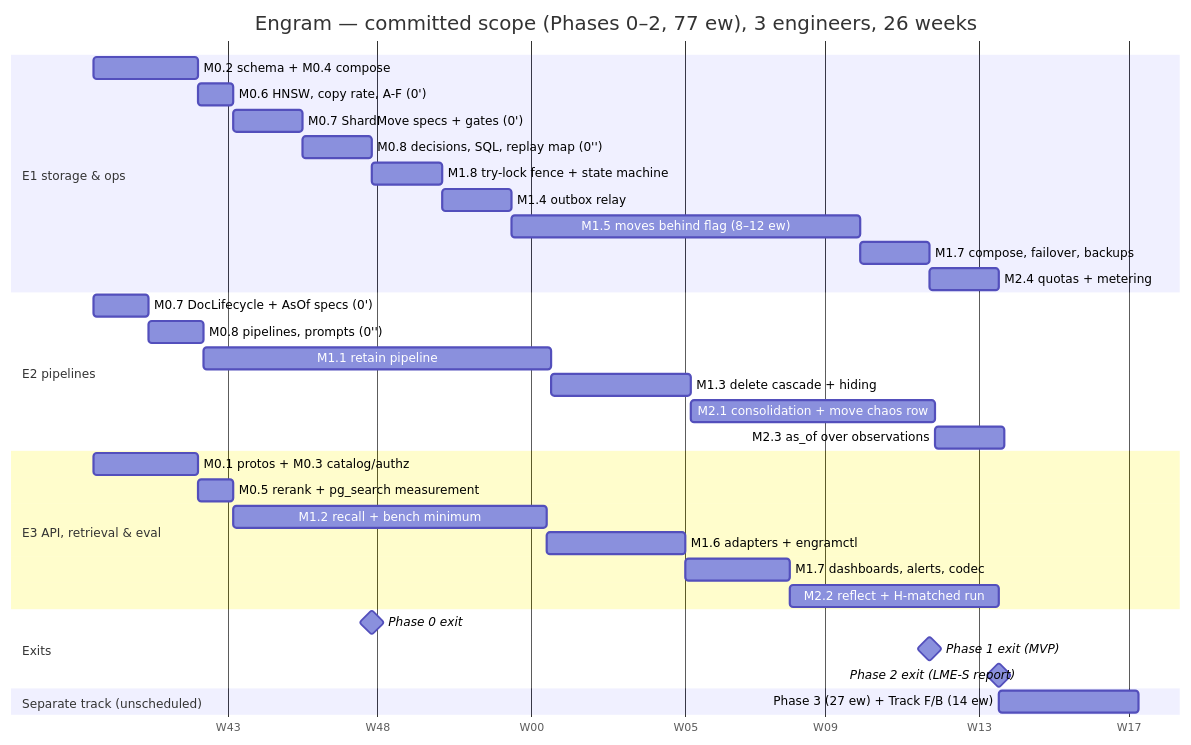
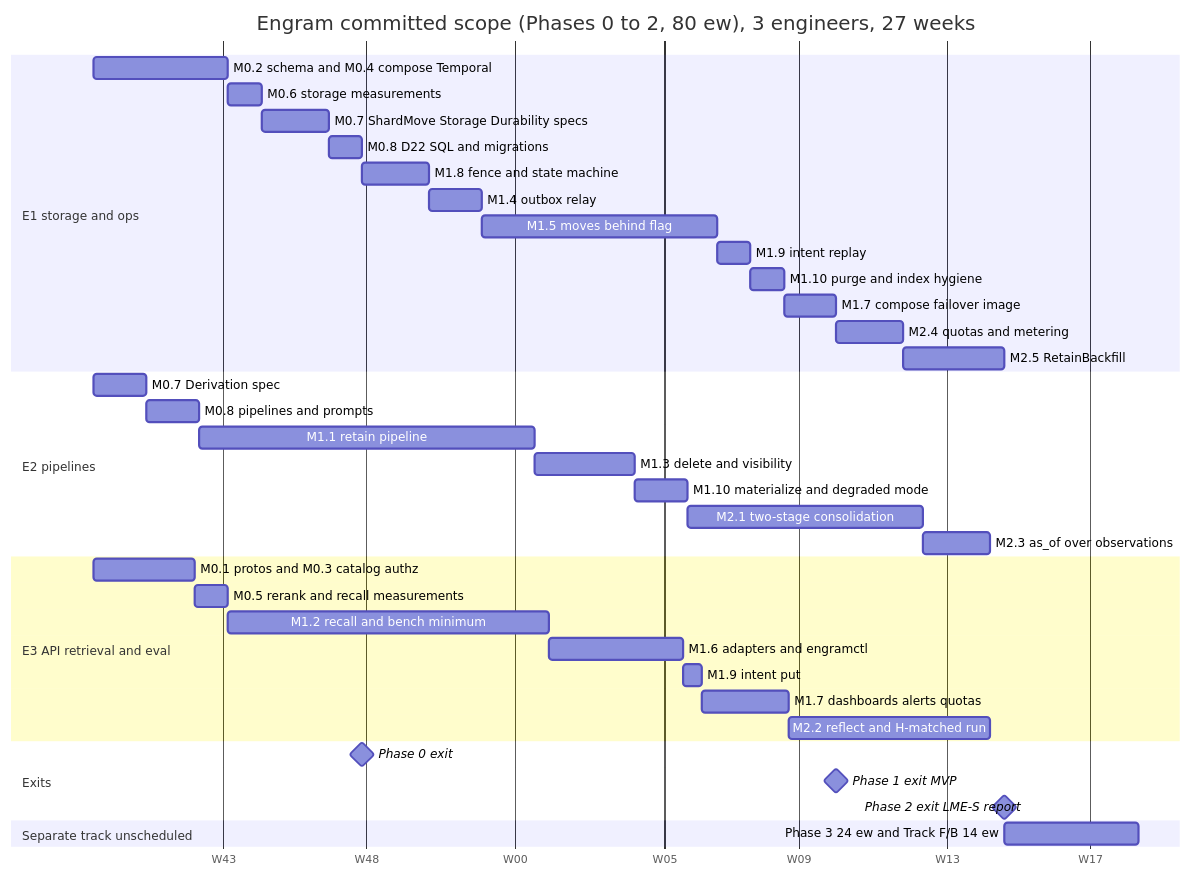
One commit to gstamatakis95/agent-memory-benchmark changed the diagram in plans/engram/sections/10-roadmap.md. Above: the diagram before and after it, drawn with Mermaid. The commit also changed other lines of this file and 15 other files, not shown here.

````diff
--- a/plans/engram/sections/10-roadmap.md
+++ b/plans/engram/sections/10-roadmap.md
@@ -137,36 +135,41 @@
 ```mermaid
 gantt
-  title Engram — committed scope (Phases 0–2, 77 ew), 3 engineers, 26 weeks
+  title Engram committed scope (Phases 0 to 2, 80 ew), 3 engineers, 27 weeks
   dateFormat  YYYY-MM-DD
   axisFormat  W%W
-  section E1 storage & ops
-  M0.2 schema + M0.4 compose            :e1a, 2026-10-05, 3w
-  M0.6 HNSW, copy rate, A-F (0')        :e1b, after e1a, 1w
-  M0.7 ShardMove specs + gates (0')     :e1c, after e1b, 2w
-  M0.8 decisions, SQL, replay map (0'') :e1d, after e1c, 2w
-  M1.8 try-lock fence + state machine   :e1e, after e1d, 2w
-  M1.4 outbox relay                     :e1f, after e1e, 2w
-  M1.5 moves behind flag (8–12 ew)      :e1g, after e1f, 10w
-  M1.7 compose, failover, backups       :e1h, after e1g, 2w
-  M2.4 quotas + metering                :e1i, after e1h, 2w
+  section E1 storage and ops
+  M0.2 schema and M0.4 compose Temporal  :e1a, 2026-10-05, 28d
+  M0.6 storage measurements              :e1b, after e1a, 7d
+  M0.7 ShardMove Storage Durability specs :e1c, after e1b, 14d
+  M0.8 D22 SQL and migrations            :e1d, after e1c, 7d
+  M1.8 fence and state machine           :e1e, after e1d, 14d
+  M1.4 outbox relay                      :e1f, after e1e, 11d
+  M1.5 moves behind flag                 :e1g, after e1f, 49d
+  M1.9 intent replay                     :e1h, after e1g, 7d
+  M1.10 purge and index hygiene          :e1i, after e1h, 7d
+  M1.7 compose failover image            :e1j, after e1i, 11d
+  M2.4 quotas and metering               :e1k, after e1j, 14d
+  M2.5 RetainBackfill                    :e1l, after e1k, 21d
   section E2 pipelines
-  M0.7 DocLifecycle + AsOf specs (0')   :e2a, 2026-10-05, 11d
-  M0.8 pipelines, prompts (0'')         :e2b, after e2a, 11d
-  M1.1 retain pipeline                  :e2c, after e2b, 10w
-  M1.3 delete cascade + hiding          :e2d, after e2c, 4w
-  M2.1 consolidation + move chaos row   :e2e, after e2d, 7w
-  M2.3 as_of over observations          :e2f, after e2e, 2w
-  section E3 API, retrieval & eval
-  M0.1 protos + M0.3 catalog/authz      :e3a, 2026-10-05, 3w
-  M0.5 rerank + pg_search measurement   :e3b, after e3a, 1w
-  M1.2 recall + bench minimum           :e3c, after e3b, 9w
-  M1.6 adapters + engramctl             :e3d, after e3c, 4w
-  M1.7 dashboards, alerts, codec        :e3e, after e3d, 3w
-  M2.2 reflect + H-matched run          :e3f, after e3e, 6w
+  M0.7 Derivation spec                   :e2a, 2026-10-05, 11d
+  M0.8 pipelines and prompts             :e2b, after e2a, 11d
+  M1.1 retain pipeline                   :e2c, after e2b, 70d
+  M1.3 delete and visibility             :e2d, after e2c, 21d
+  M1.10 materialize and degraded mode    :e2e, after e2d, 11d
+  M2.1 two-stage consolidation           :e2f, after e2e, 49d
+  M2.3 as_of over observations           :e2g, after e2f, 14d
+  section E3 API retrieval and eval
+  M0.1 protos and M0.3 catalog authz     :e3a, 2026-10-05, 21d
+  M0.5 rerank and recall measurements    :e3b, after e3a, 7d
+  M1.2 recall and bench minimum          :e3c, after e3b, 67d
+  M1.6 adapters and engramctl            :e3d, after e3c, 28d
+  M1.9 intent put                        :e3e, after e3d, 4d
+  M1.7 dashboards alerts quotas          :e3f, after e3e, 18d
+  M2.2 reflect and H-matched run         :e3g, after e3f, 42d
   section Exits
-  Phase 0 exit                          :milestone, after e1d, 0d
-  Phase 1 exit (MVP)                    :milestone, after e1h, 0d
-  Phase 2 exit (LME-S report)           :milestone, after e3f, 0d
-  section Separate track (unscheduled)
-  Phase 3 (27 ew) + Track F/B (14 ew)   :sep, after e3f, 4w
+  Phase 0 exit                           :milestone, after e1d, 0d
+  Phase 1 exit MVP                       :milestone, after e1j, 0d
+  Phase 2 exit LME-S report              :milestone, after e1l, 0d
+  section Separate track unscheduled
+  Phase 3 24 ew and Track F/B 14 ew      :sep, after e1l, 28d
 ```
````
